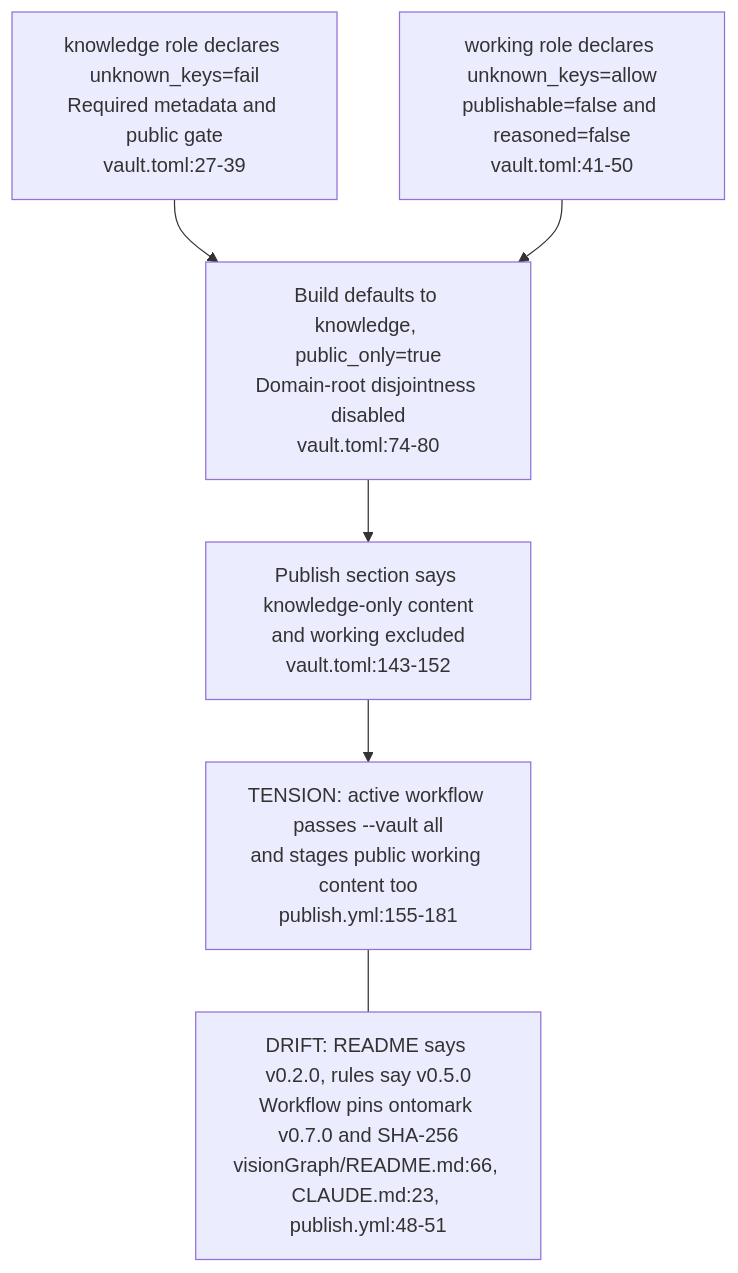
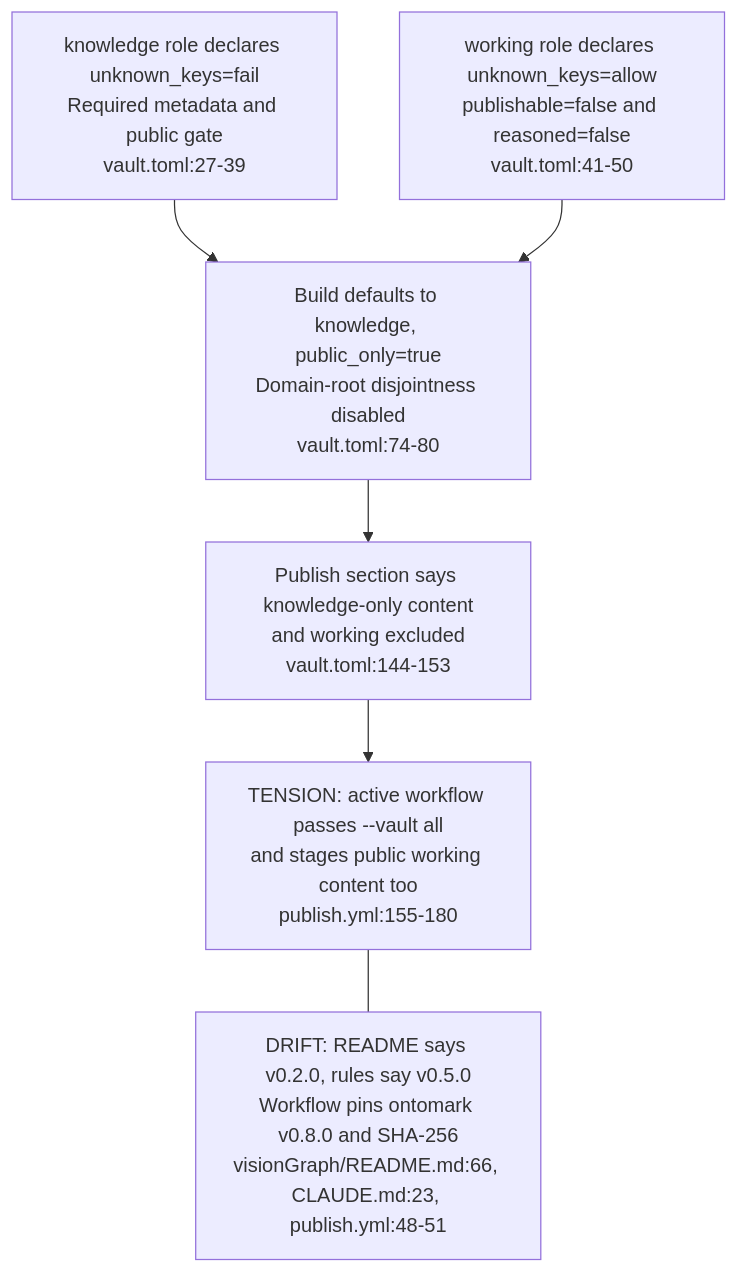
The fourth of 6 diagrams in docs/diagrams/visiongraph/01-vault-structure-and-contract.md (DreamLab-AI/VisionFlow), drawn with Mermaid before and after one commit. The commit also changed other lines of this file and 49 other files, not shown here.

First line of the commit message:
docs(diagrams): re-derive and re-stamp VisionClaw, estate, knowledge-graph, visionGraph, VisionFlow and sidestr topics

````diff
--- a/docs/diagrams/visiongraph/01-vault-structure-and-contract.md
+++ b/docs/diagrams/visiongraph/01-vault-structure-and-contract.md
@@ -93,13 +93,13 @@
 ```mermaid
 flowchart TB
     K["knowledge role declares unknown_keys=fail<br/>Required metadata and public gate<br/>vault.toml:27-39"]
     W["working role declares unknown_keys=allow<br/>publishable=false and reasoned=false<br/>vault.toml:41-50"]
     DEFAULT["Build defaults to knowledge, public_only=true<br/>Domain-root disjointness disabled<br/>vault.toml:74-80"]
-    PUBLISH["Publish section says knowledge-only content<br/>and working excluded<br/>vault.toml:143-152"]
-    ACTUAL["TENSION: active workflow passes --vault all<br/>and stages public working content too<br/>publish.yml:155-181"]
+    PUBLISH["Publish section says knowledge-only content<br/>and working excluded<br/>vault.toml:144-153"]
+    ACTUAL["TENSION: active workflow passes --vault all<br/>and stages public working content too<br/>publish.yml:155-180"]
     K --> DEFAULT
     W --> DEFAULT
     DEFAULT --> PUBLISH --> ACTUAL
-    PIN["DRIFT: README says v0.2.0, rules say v0.5.0<br/>Workflow pins ontomark v0.7.0 and SHA-256<br/>visionGraph/README.md:66, CLAUDE.md:23, publish.yml:48-51"]
+    PIN["DRIFT: README says v0.2.0, rules say v0.5.0<br/>Workflow pins ontomark v0.8.0 and SHA-256<br/>visionGraph/README.md:66, CLAUDE.md:23, publish.yml:48-51"]
     ACTUAL --- PIN
 ```
````
